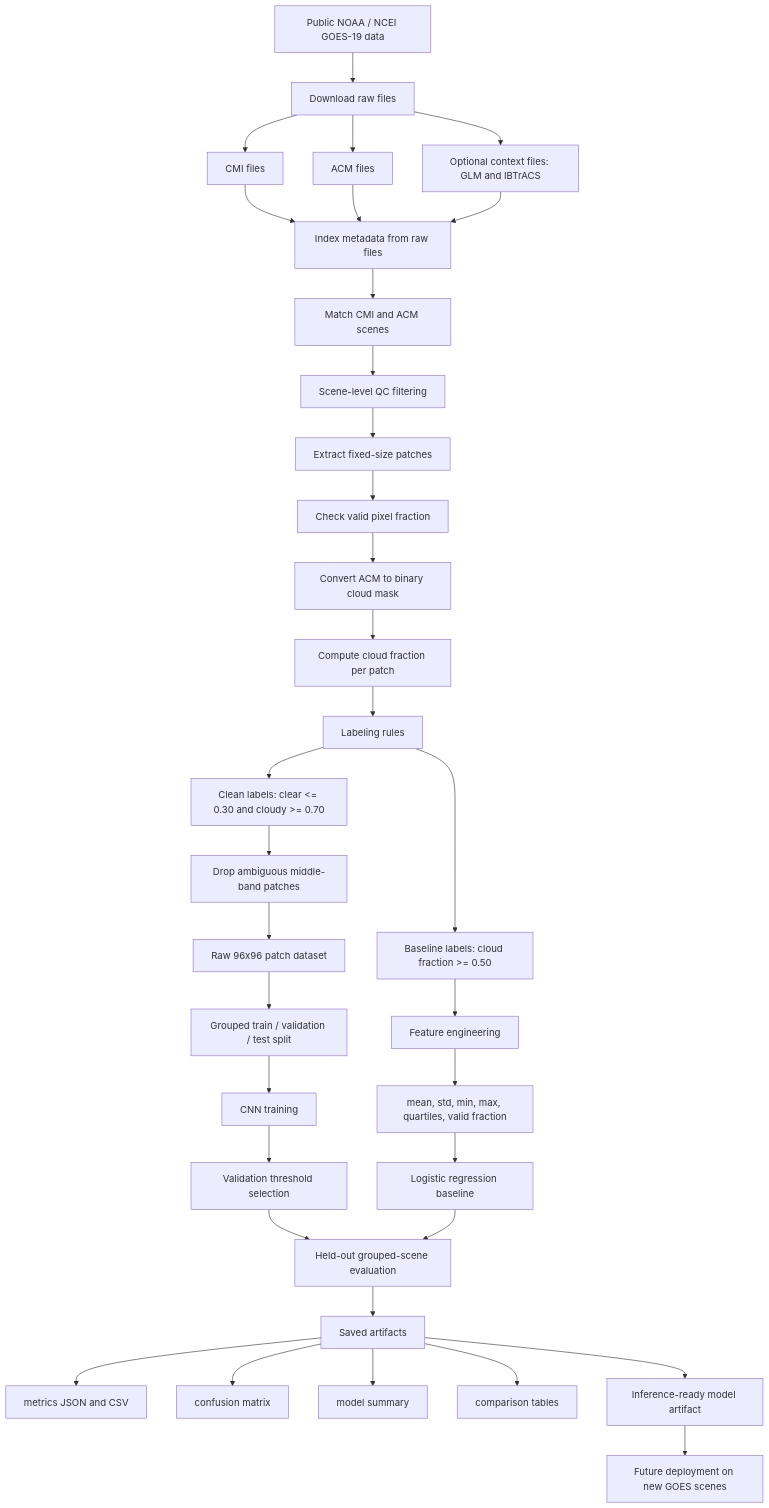
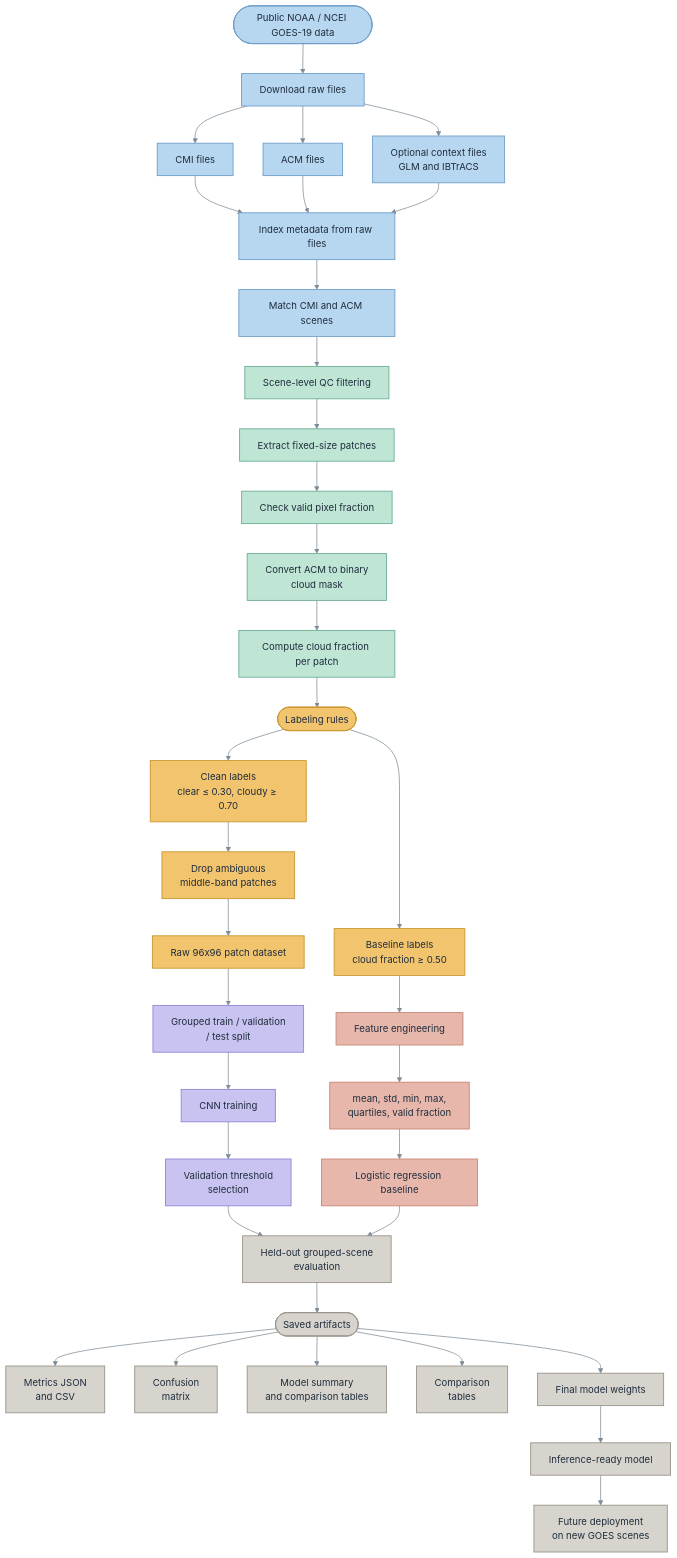
The diagram in README.md (andrew6462/GOES19_Weather_Classifier), drawn with Mermaid before and after one commit. The commit also changed other lines of this file, not shown here.

````diff
--- a/README.md
+++ b/README.md
@@ -114,44 +70,63 @@
 ```mermaid
 flowchart TD
-    A[Public NOAA / NCEI GOES-19 data] --> B[Download raw files]
+    A([Public NOAA / NCEI GOES-19 data]) --> B[Download raw files]
+
     B --> B1[CMI files]
     B --> B2[ACM files]
-    B --> B3[Optional context files: GLM and IBTrACS]
+    B --> B3[Optional context files<br/>GLM and IBTrACS]
 
     B1 --> C[Index metadata from raw files]
     B2 --> C
     B3 --> C
 
     C --> D[Match CMI and ACM scenes]
     D --> E[Scene-level QC filtering]
     E --> F[Extract fixed-size patches]
-
     F --> G[Check valid pixel fraction]
-    G --> H[Convert ACM to binary cloud mask]
+    G --> H[Convert ACM to binary<br/>cloud mask]
     H --> I[Compute cloud fraction per patch]
 
-    I --> J[Labeling rules]
-    J --> J1[Baseline labels: cloud fraction >= 0.50]
-    J --> J2[Clean labels: clear <= 0.30 and cloudy >= 0.70]
-    J2 --> K[Drop ambiguous middle-band patches]
+    I --> J([Labeling rules])
 
-    J1 --> L[Feature engineering]
-    L --> L1[mean, std, min, max, quartiles, valid fraction]
+    J --> J1[Clean labels<br/>clear ≤ 0.30, cloudy ≥ 0.70]
+    J --> J2[Baseline labels<br/>cloud fraction ≥ 0.50]
+
+    J1 --> K[Drop ambiguous<br/>middle-band patches]
+    K --> N[Raw 96x96 patch dataset]
+    N --> O[Grouped train / validation<br/>/ test split]
+    O --> P[CNN training]
+    P --> Q[Validation threshold<br/>selection]
+
+    J2 --> L[Feature engineering]
+    L --> L1[mean, std, min, max,<br/>quartiles, valid fraction]
     L1 --> M[Logistic regression baseline]
 
-    K --> N[Raw 96x96 patch dataset]
-    N --> O[Grouped train / validation / test split]
-    O --> P[CNN training]
-    P --> Q[Validation threshold selection]
-    Q --> R[Held-out grouped-scene evaluation]
+    Q --> R[Held-out grouped-scene<br/>evaluation]
+    M --> R
 
-    M --> R
-    R --> S[Saved artifacts]
-    S --> S1[metrics JSON and CSV]
-    S --> S2[confusion matrix]
-    S --> S3[model summary]
-    S --> S4[comparison tables]
+    R --> S([Saved artifacts])
+    S --> S1[Metrics JSON<br/>and CSV]
+    S --> S2[Confusion<br/>matrix]
+    S --> S3[Model summary<br/>and comparison tables]
+    S --> S4[Comparison<br/>tables]
+    S --> S5[Final model weights]
 
-    S --> T[Inference-ready model artifact]
-    T --> U[Future deployment on new GOES scenes]
+    S5 --> T[Inference-ready model]
+    T --> U[Future deployment<br/>on new GOES scenes]
+
+    classDef ingestion fill:#b7d7f0,stroke:#6f9ec9,stroke-width:1.5px,color:#1f2d3d;
+    classDef preprocessing fill:#bfe5d5,stroke:#6eaf97,stroke-width:1.5px,color:#1f2d3d;
+    classDef labeling fill:#f2c46d,stroke:#c9972f,stroke-width:1.5px,color:#1f2d3d;
+    classDef cnn fill:#c8c3f0,stroke:#8f88d4,stroke-width:1.5px,color:#1f2d3d;
+    classDef baseline fill:#e7b7ab,stroke:#c88877,stroke-width:1.5px,color:#1f2d3d;
+    classDef output fill:#d7d4cd,stroke:#9a958c,stroke-width:1.5px,color:#1f2d3d;
+
+    class A,B,B1,B2,B3,C,D ingestion;
+    class E,F,G,H,I preprocessing;
+    class J,J1,J2,K,N labeling;
+    class O,P,Q cnn;
+    class L,L1,M baseline;
+    class R,S,S1,S2,S3,S4,S5,T,U output;
+
+    linkStyle default stroke:#7f8c97,stroke-width:1.25px;
 ```
````
